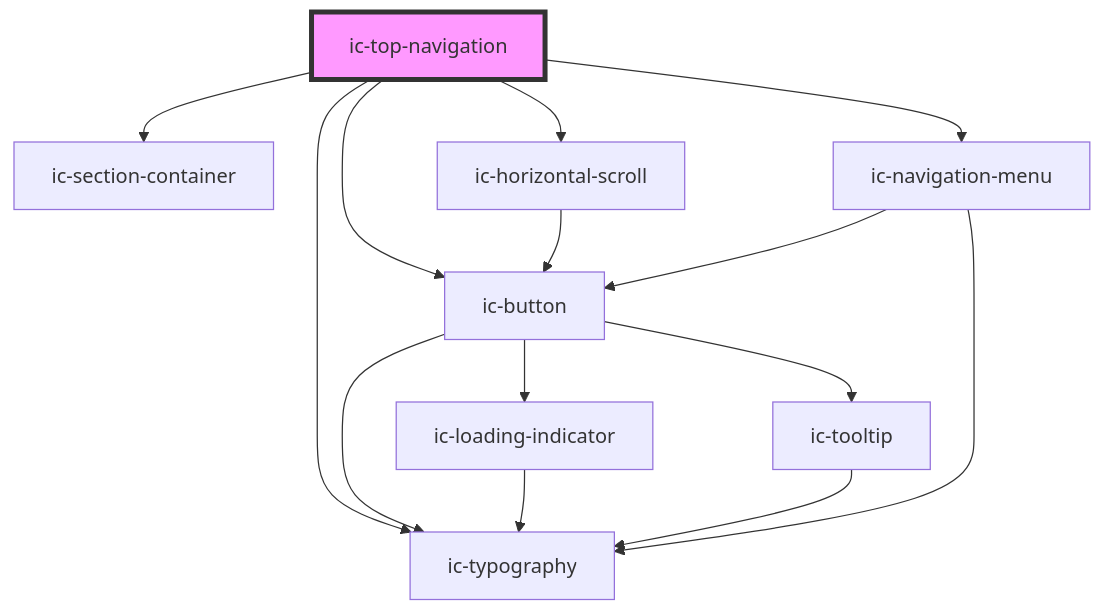
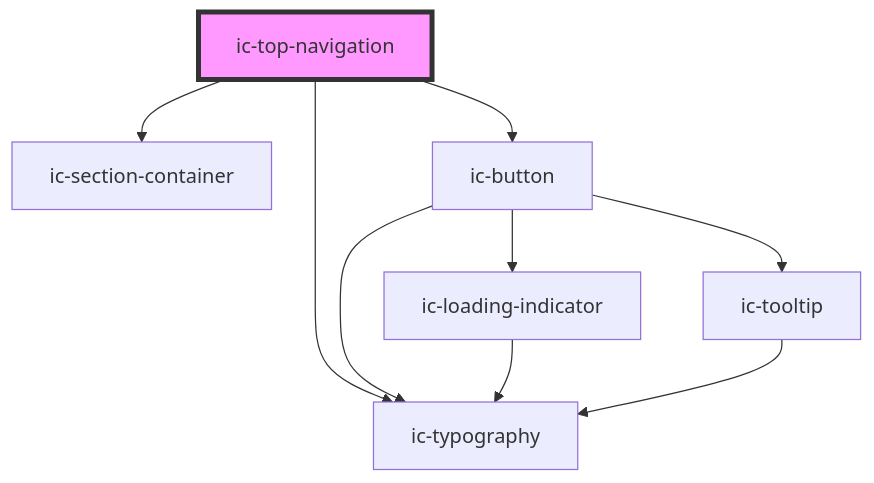
One commit to mi6/ic-ui-kit changed the diagram in packages/web-components/src/components/ic-top-navigation/readme.md. Above: the diagram before and after it, drawn with Mermaid. The commit also changed other lines of this file and 19 other files, not shown here.

````diff
--- a/packages/web-components/src/components/ic-top-navigation/readme.md
+++ b/packages/web-components/src/components/ic-top-navigation/readme.md
@@ -54,17 +52,12 @@
 ```mermaid
 graph TD;
   ic-top-navigation --> ic-section-container
   ic-top-navigation --> ic-typography
   ic-top-navigation --> ic-button
-  ic-top-navigation --> ic-horizontal-scroll
-  ic-top-navigation --> ic-navigation-menu
   ic-button --> ic-typography
   ic-button --> ic-loading-indicator
   ic-button --> ic-tooltip
   ic-loading-indicator --> ic-typography
   ic-tooltip --> ic-typography
-  ic-horizontal-scroll --> ic-button
-  ic-navigation-menu --> ic-button
-  ic-navigation-menu --> ic-typography
   style ic-top-navigation fill:#f9f,stroke:#333,stroke-width:4px
 ```
````
